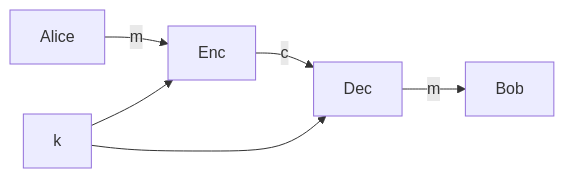
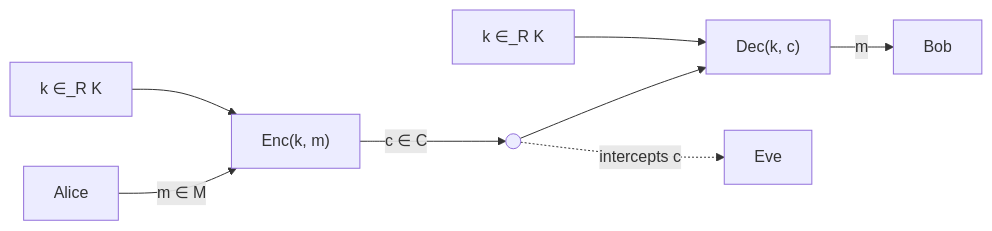
The third of 3 diagrams in 1o anno M/cockgraphy/lez. 1.md (DavideLights/appunti), drawn with Mermaid before and after one commit. The commit also changed other lines of this file and 36 other files, not shown here.

````diff
--- a/1o anno M/cockgraphy/lez. 1.md
+++ b/1o anno M/cockgraphy/lez. 1.md
@@ -23,11 +41,10 @@
 ```mermaid
 graph LR
-	Alice -- m --> Enc
-	Enc
-	k --> Enc
-
-	Enc -- c --> Dec	
-	k --> Dec
-	Dec --m--> Bob
-	Bob
+	Alice -- "m ∈ M" --> Enc["Enc(k, m)"]
+	k1["k ∈_R K"] --> Enc
+	Enc -- "c ∈ C" --> ch(( ))
+	ch --> Dec["Dec(k, c)"]
+	ch -. "intercepts c" .-> Eve
+	k2["k ∈_R K"] --> Dec
+	Dec -- "m" --> Bob
 ```
````
